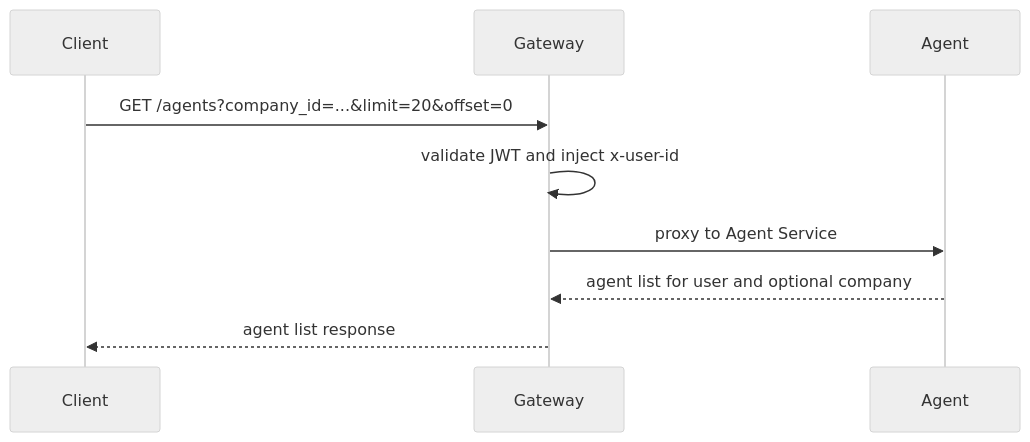
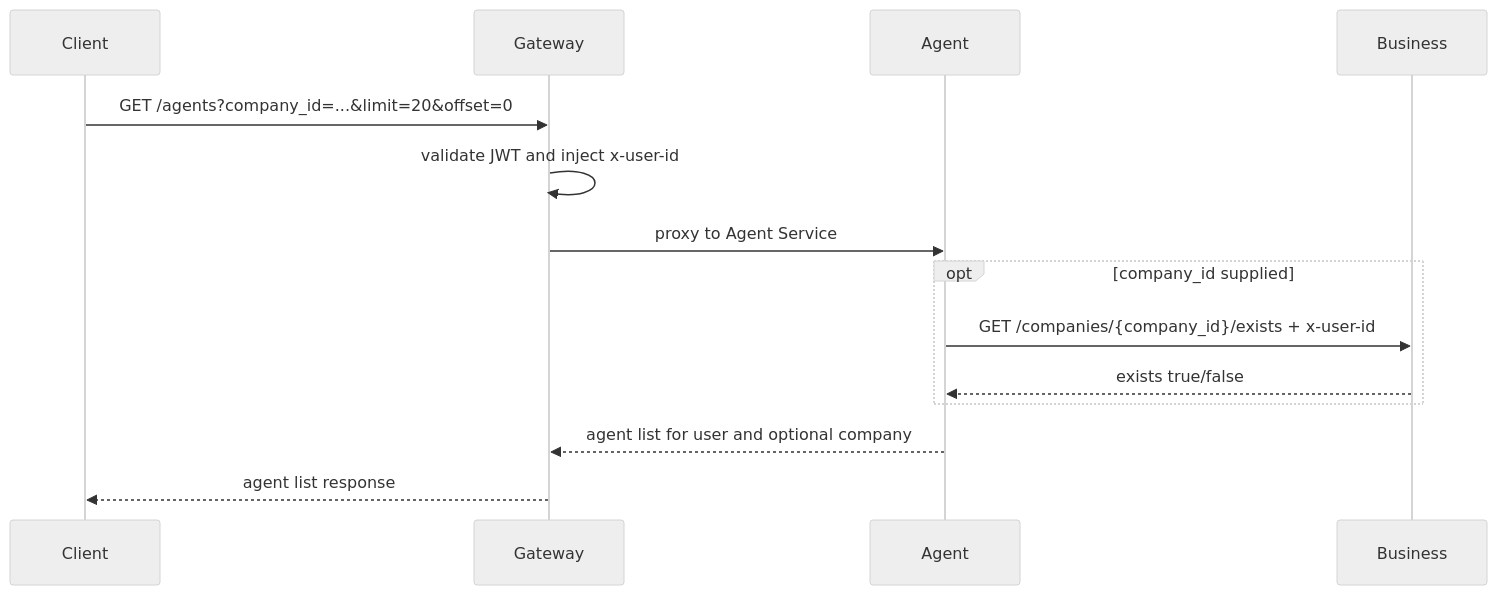
One commit to valiobar/agents changed the first of 7 diagrams in docs/services/agent/data-flow.md. Above: the diagram before and after it, drawn with Mermaid (neutral theme). The commit also changed other lines of this file and 85 other files, not shown here.

````diff
--- a/docs/services/agent/data-flow.md
+++ b/docs/services/agent/data-flow.md
@@ -5,12 +5,17 @@
 ```mermaid
 sequenceDiagram
     participant Client
     participant Gateway
     participant Agent
+    participant Business
 
     Client->>Gateway: GET /agents?company_id=...&limit=20&offset=0
     Gateway->>Gateway: validate JWT and inject x-user-id
     Gateway->>Agent: proxy to Agent Service
+    opt company_id supplied
+        Agent->>Business: GET /companies/{company_id}/exists + x-user-id
+        Business-->>Agent: exists true/false
+    end
     Agent-->>Gateway: agent list for user and optional company
     Gateway-->>Client: agent list response
 ```
````
